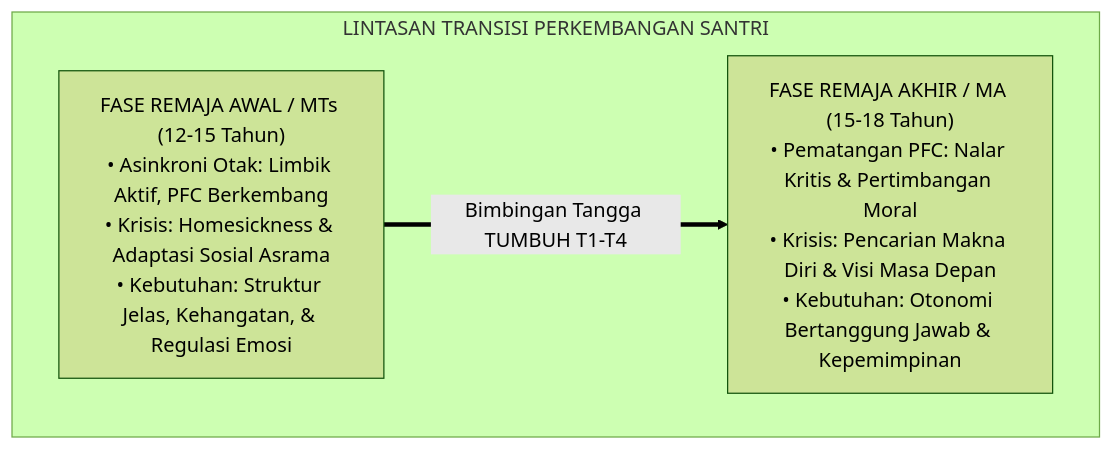
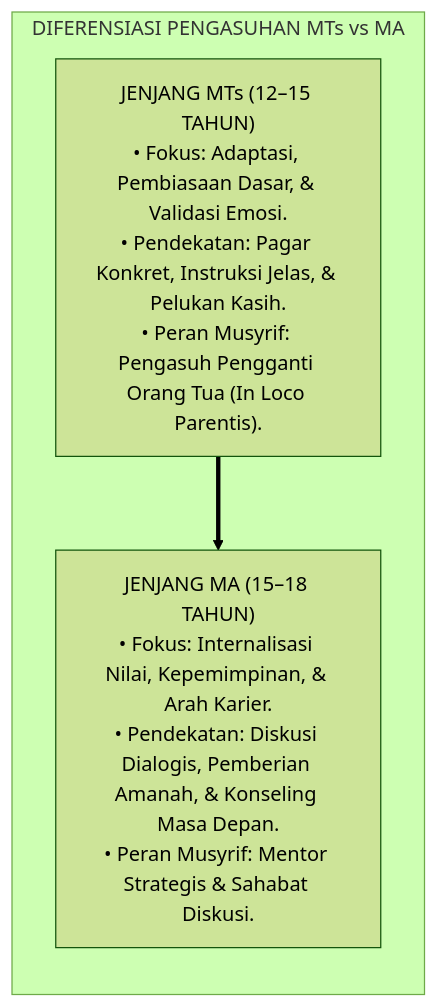
Before and after one commit to wandiapriliyandi/tumbuh: the fifth of 9 diagrams in 01 Philosophy/03 Human Development/P1-03-02-Fase-dan-Lintasan-Perkembangan-Santri.md, drawn with Mermaid (forest theme). The commit also changed other lines of this file and 31 other files, not shown here.

````diff
--- a/01 Philosophy/03 Human Development/P1-03-02-Fase-dan-Lintasan-Perkembangan-Santri.md
+++ b/01 Philosophy/03 Human Development/P1-03-02-Fase-dan-Lintasan-Perkembangan-Santri.md
@@ -28,10 +251,10 @@
 ```mermaid
-graph TD
-    subgraph TransisiRemaja["LINTASAN TRANSISI PERKEMBANGAN SANTRI"]
-        MTs["FASE REMAJA AWAL / MTs (12-15 Tahun)<br/>• Asinkroni Otak: Limbik Aktif, PFC Berkembang<br/>• Krisis: Homesickness & Adaptasi Sosial Asrama<br/>• Kebutuhan: Struktur Jelas, Kehangatan, & Regulasi Emosi"]
+graph LR
+    subgraph DiferensiasiJenjang["DIFERENSIASI PENGASUHAN MTs vs MA"]
+        MTs["JENJANG MTs (12–15 TAHUN)<br/>• Fokus: Adaptasi, Pembiasaan Dasar, & Validasi Emosi.<br/>• Pendekatan: Pagar Konkret, Instruksi Jelas, & Pelukan Kasih.<br/>• Peran Musyrif: Pengasuh Pengganti Orang Tua (In Loco Parentis)."]
         
-        MA["FASE REMAJA AKHIR / MA (15-18 Tahun)<br/>• Pematangan PFC: Nalar Kritis & Pertimbangan Moral<br/>• Krisis: Pencarian Makna Diri & Visi Masa Depan<br/>• Kebutuhan: Otonomi Bertanggung Jawab & Kepemimpinan"]
+        MA["JENJANG MA (15–18 TAHUN)<br/>• Fokus: Internalisasi Nilai, Kepemimpinan, & Arah Karier.<br/>• Pendekatan: Diskusi Dialogis, Pemberian Amanah, & Konseling Masa Depan.<br/>• Peran Musyrif: Mentor Strategis & Sahabat Diskusi."]
         
-        MTs ==>|Bimbingan Tangga TUMBUH T1-T4| MA
+        MTs ==> MA
     end
 ```
````
